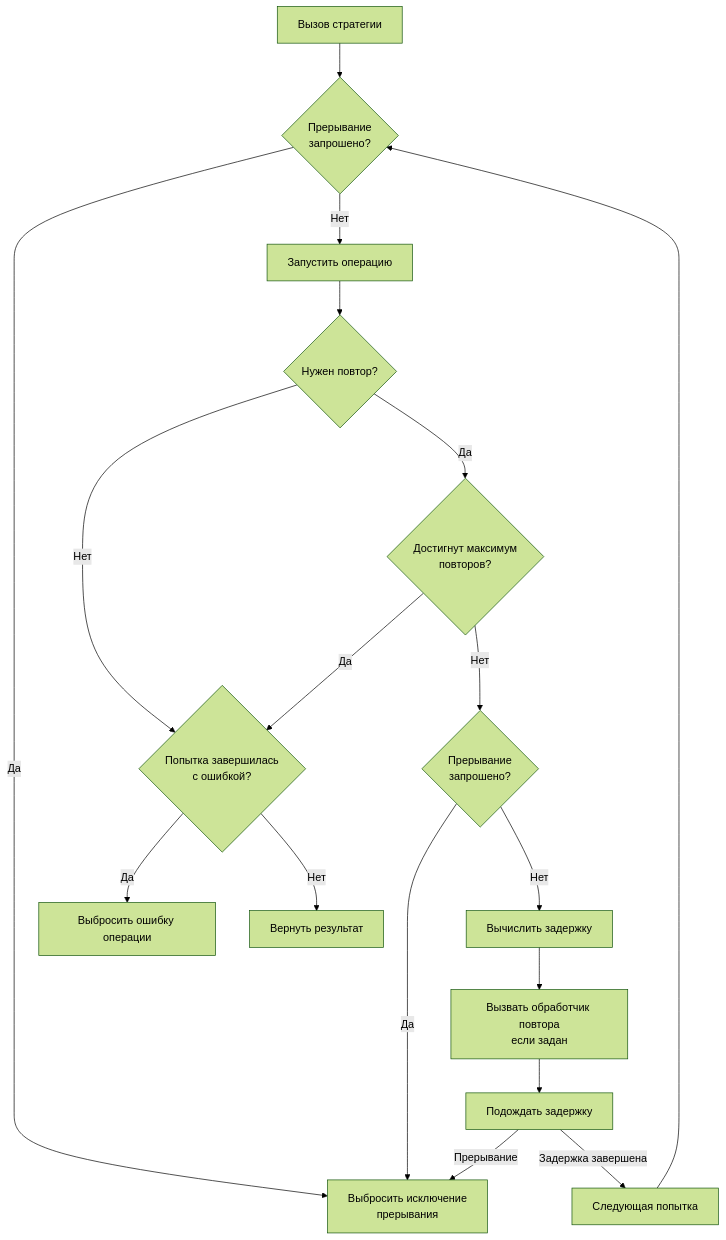
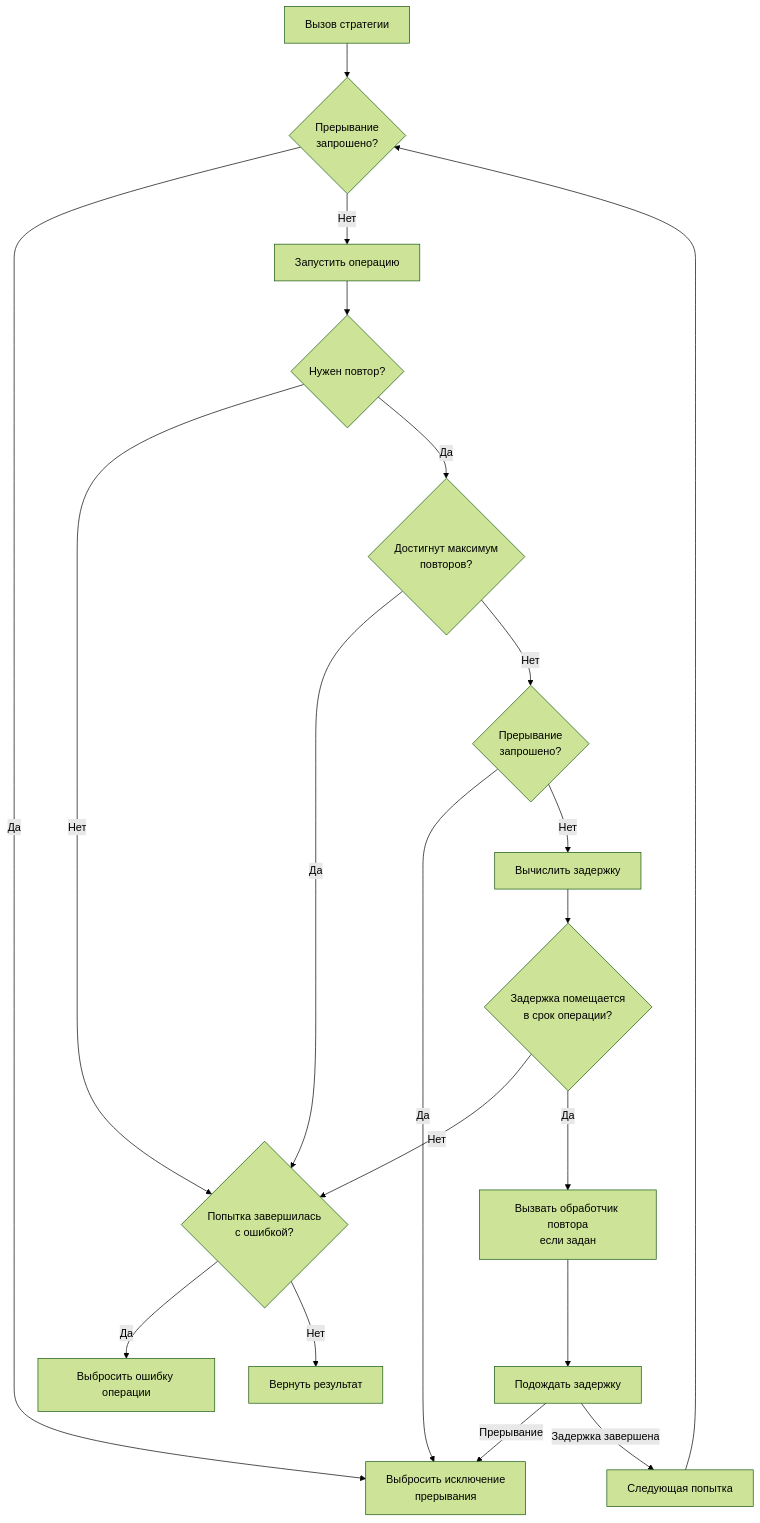
The diagram in docs/СтратегияПовтора.md (Stivo182/oscript-resilience), drawn with Mermaid (forest theme) before and after one commit. The commit also changed other lines of this file and 27 other files, not shown here.

First line of the commit message:
feat: добавить срок в сигнал прерывания операции (#17)

````diff
--- a/docs/СтратегияПовтора.md
+++ b/docs/СтратегияПовтора.md
@@ -33,20 +37,22 @@
 ```mermaid
 flowchart TD
     A[Вызов стратегии] --> B{Прерывание<br/>запрошено?}
     B -- Да --> C[Выбросить исключение<br/>прерывания]
     B -- Нет --> D[Запустить операцию]
     D --> E{Нужен повтор?}
     E -- Нет --> F{Попытка завершилась<br/>с ошибкой?}
     F -- Да --> G[Выбросить ошибку операции]
     F -- Нет --> H[Вернуть результат]
     E -- Да --> I{Достигнут максимум<br/>повторов?}
     I -- Да --> F
     I -- Нет --> J{Прерывание<br/>запрошено?}
     J -- Да --> C
     J -- Нет --> K[Вычислить задержку]
-    K --> L[Вызвать обработчик повтора<br/>если задан]
-    L --> M[Подождать задержку]
-    M -- Прерывание --> C
-    M -- Задержка завершена --> N[Следующая попытка]
-    N --> B
+    K --> L{Задержка помещается<br/>в срок операции?}
+    L -- Нет --> F
+    L -- Да --> M[Вызвать обработчик повтора<br/>если задан]
+    M --> N[Подождать задержку]
+    N -- Прерывание --> C
+    N -- Задержка завершена --> O[Следующая попытка]
+    O --> B
 ```
````
